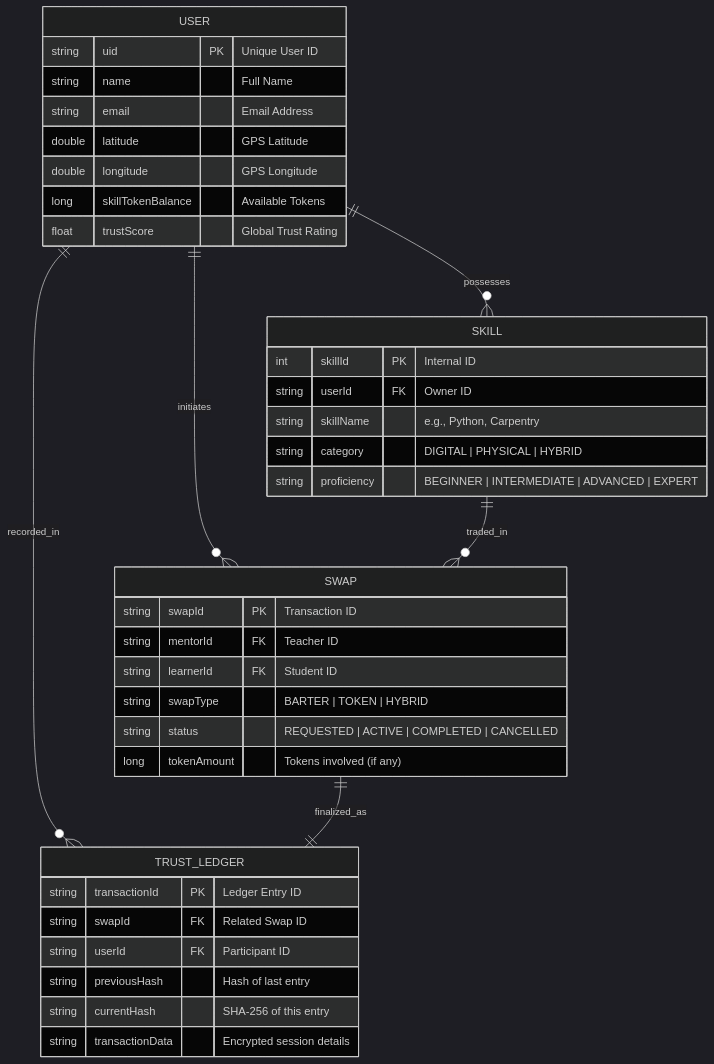
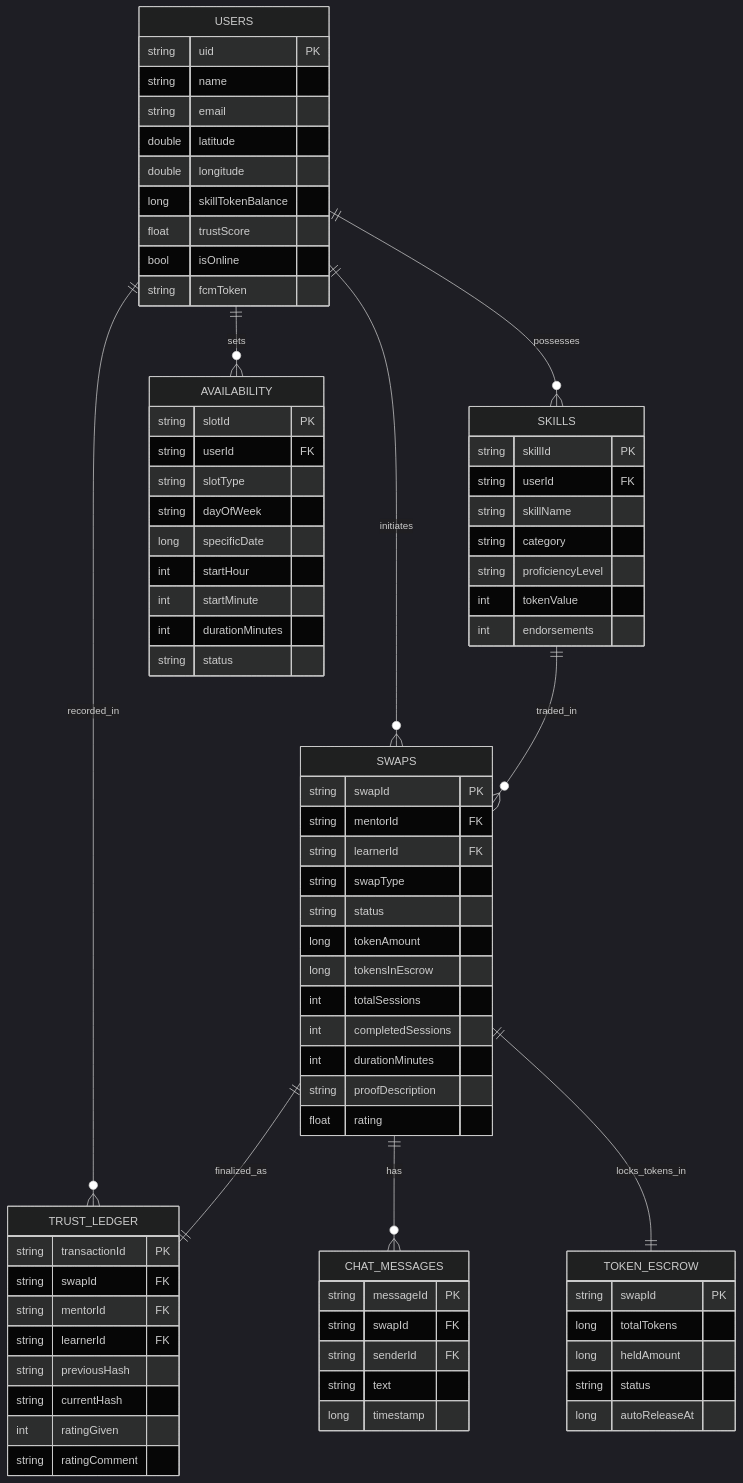
One commit to kunal-gangani/Knows-It-All changed the second of 2 diagrams in README.md. Above: the diagram before and after it, drawn with Mermaid (dark theme). The commit also changed other lines of this file and 6 other files, not shown here.

Commit message:
17:51 31-05-2026 (Added Slots and Mentor Availability Feature in System

````diff
--- a/README.md
+++ b/README.md
@@ -128,44 +213,87 @@
 ```mermaid
 erDiagram
-    USER ||--o{ SKILL : "possesses"
-    USER ||--o{ SWAP : "initiates"
-    USER ||--o{ TRUST_LEDGER : "recorded_in"
-    SKILL ||--o{ SWAP : "traded_in"
-    SWAP ||--|| TRUST_LEDGER : "finalized_as"
+    USERS ||--o{ SKILLS : "possesses"
+    USERS ||--o{ SWAPS : "initiates"
+    USERS ||--o{ TRUST_LEDGER : "recorded_in"
+    USERS ||--o{ AVAILABILITY : "sets"
+    SKILLS ||--o{ SWAPS : "traded_in"
+    SWAPS ||--|| TRUST_LEDGER : "finalized_as"
+    SWAPS ||--o{ CHAT_MESSAGES : "has"
+    SWAPS ||--|| TOKEN_ESCROW : "locks_tokens_in"
 
-    USER {
-        string uid PK "Unique User ID"
-        string name "Full Name"
-        string email "Email Address"
-        double latitude "GPS Latitude"
-        double longitude "GPS Longitude"
-        long skillTokenBalance "Available Tokens"
-        float trustScore "Global Trust Rating"
+    USERS {
+        string uid PK
+        string name
+        string email
+        double latitude
+        double longitude
+        long skillTokenBalance
+        float trustScore
+        bool isOnline
+        string fcmToken
     }
 
-    SKILL {
-        int skillId PK "Internal ID"
-        string userId FK "Owner ID"
-        string skillName "e.g., Python, Carpentry"
-        string category "DIGITAL | PHYSICAL | HYBRID"
-        string proficiency "BEGINNER | INTERMEDIATE | ADVANCED | EXPERT"
+    SKILLS {
+        string skillId PK
+        string userId FK
+        string skillName
+        string category
+        string proficiencyLevel
+        int tokenValue
+        int endorsements
     }
 
-    SWAP {
-        string swapId PK "Transaction ID"
-        string mentorId FK "Teacher ID"
-        string learnerId FK "Student ID"
-        string swapType "BARTER | TOKEN | HYBRID"
-        string status "REQUESTED | ACTIVE | COMPLETED | CANCELLED"
-        long tokenAmount "Tokens involved (if any)"
+    SWAPS {
+        string swapId PK
+        string mentorId FK
+        string learnerId FK
+        string swapType
+        string status
+        long tokenAmount
+        long tokensInEscrow
+        int totalSessions
+        int completedSessions
+        int durationMinutes
+        string proofDescription
+        float rating
     }
 
     TRUST_LEDGER {
-        string transactionId PK "Ledger Entry ID"
-        string swapId FK "Related Swap ID"
-        string userId FK "Participant ID"
-        string previousHash "Hash of last entry"
-        string currentHash "SHA-256 of this entry"
-        string transactionData "Encrypted session details"
+        string transactionId PK
+        string swapId FK
+        string mentorId FK
+        string learnerId FK
+        string previousHash
+        string currentHash
+        int ratingGiven
+        string ratingComment
+    }
+
+    TOKEN_ESCROW {
+        string swapId PK
+        long totalTokens
+        long heldAmount
+        string status
+        long autoReleaseAt
+    }
+
+    AVAILABILITY {
+        string slotId PK
+        string userId FK
+        string slotType
+        string dayOfWeek
+        long specificDate
+        int startHour
+        int startMinute
+        int durationMinutes
+        string status
+    }
+
+    CHAT_MESSAGES {
+        string messageId PK
+        string swapId FK
+        string senderId FK
+        string text
+        long timestamp
     }
 ```
````
